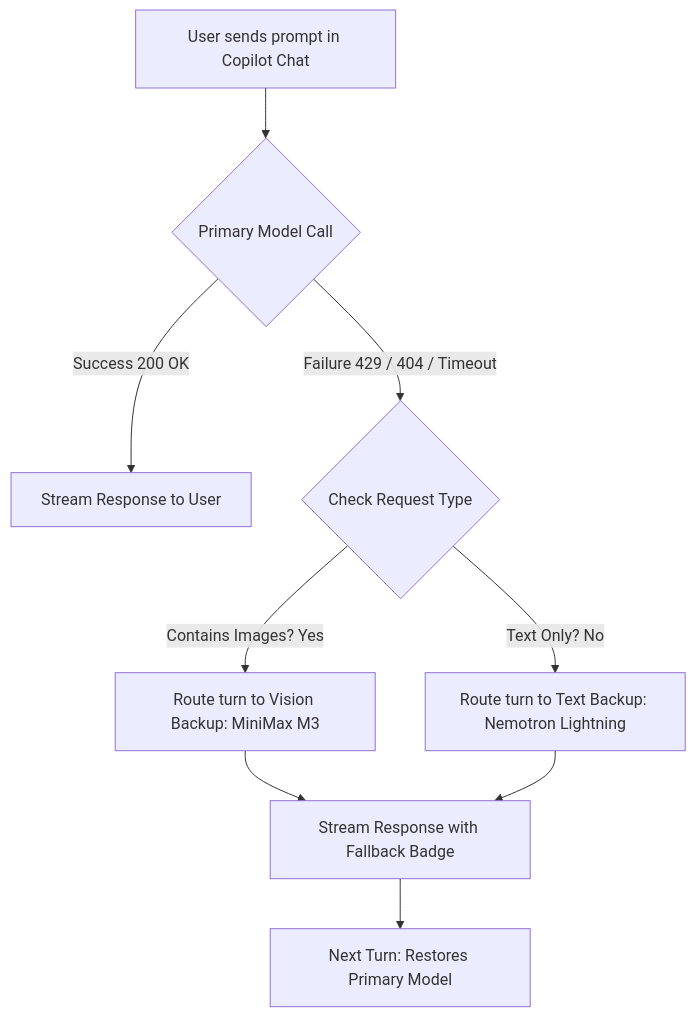
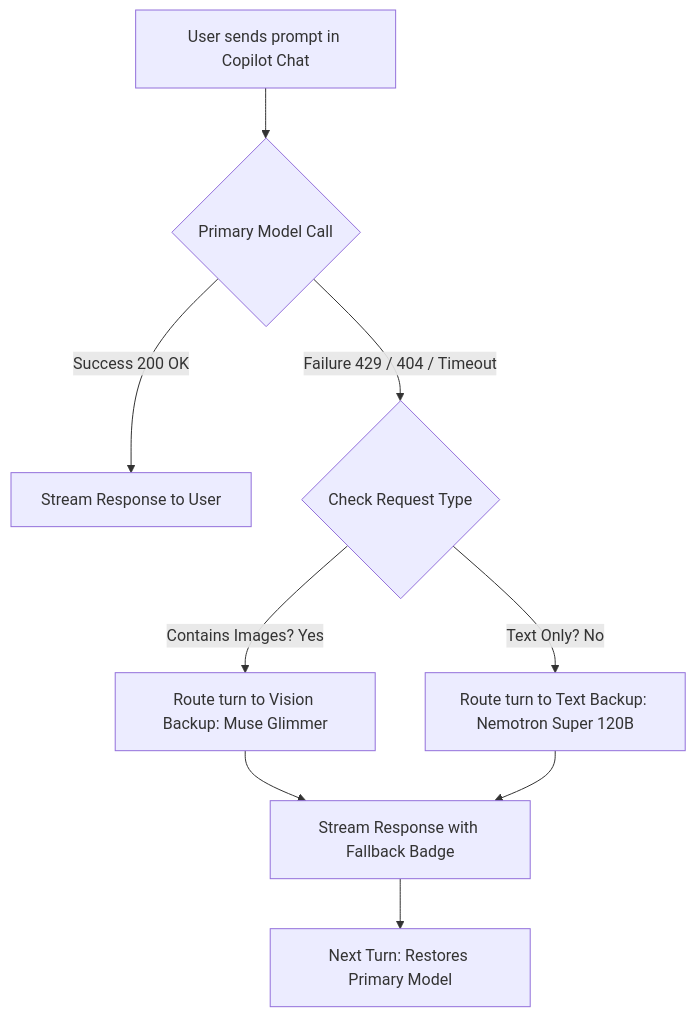
Before and after one commit to BaUka0/nvidia-nim-provider: the diagram in docs/README.md, drawn with Mermaid. The commit also changed other lines of this file and 17 other files, not shown here.

````diff
--- a/docs/README.md
+++ b/docs/README.md
@@ -164,11 +163,11 @@
 ```mermaid
 flowchart TD
     A[User sends prompt in Copilot Chat] --> B{Primary Model Call}
     B -- Success 200 OK --> C[Stream Response to User]
     B -- Failure 429 / 404 / Timeout --> D{Check Request Type}
-    D -- Contains Images? Yes --> E[Route turn to Vision Backup: MiniMax M3]
-    D -- Text Only? No --> F[Route turn to Text Backup: Nemotron Lightning]
+    D -- Contains Images? Yes --> E[Route turn to Vision Backup: Muse Glimmer]
+    D -- Text Only? No --> F[Route turn to Text Backup: Nemotron Super 120B]
     E --> G[Stream Response with Fallback Badge]
     F --> G
     G --> H[Next Turn: Restores Primary Model]
 ```
````
